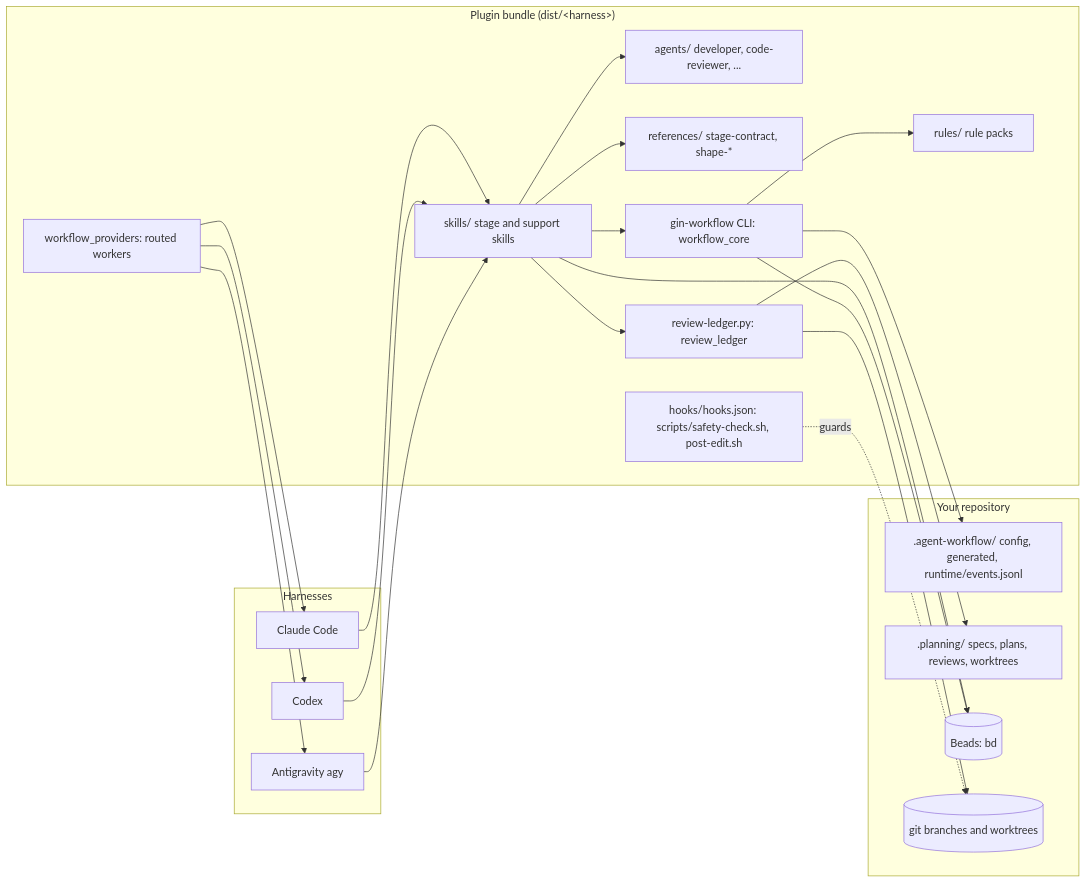
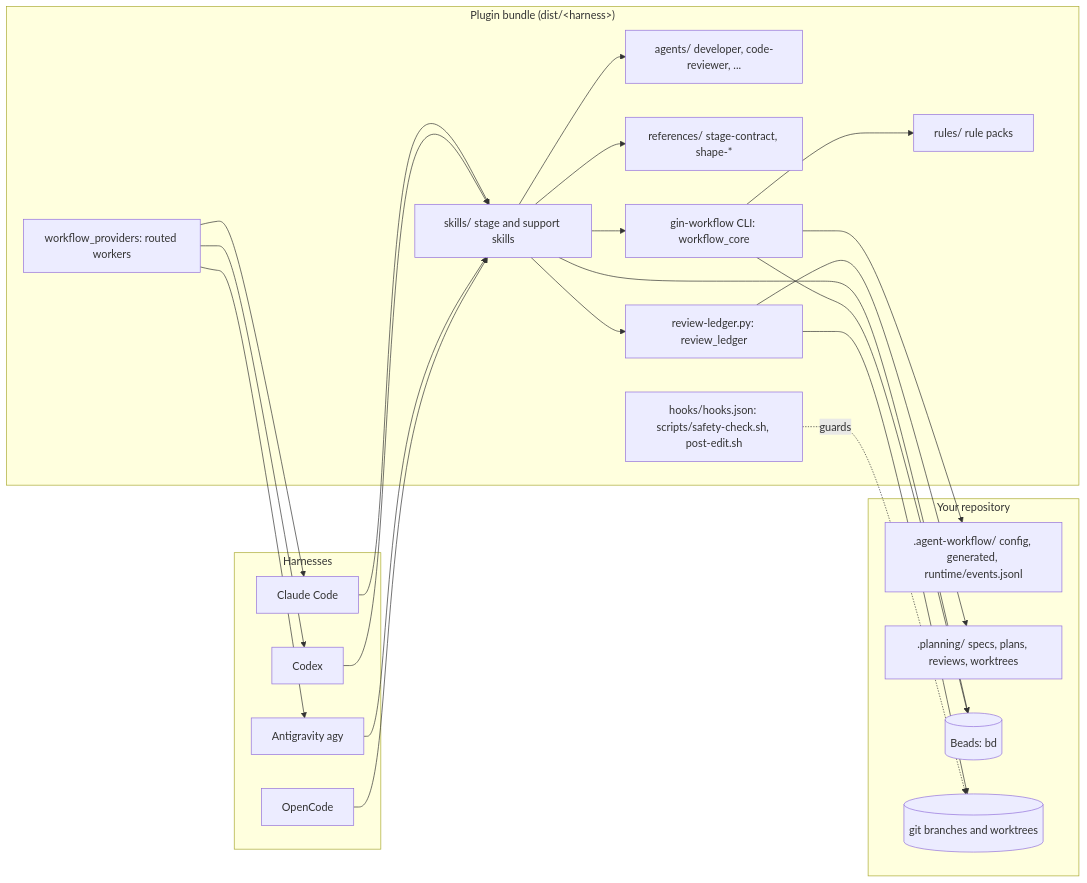
The first of 6 diagrams in docs/concepts/architecture.md (giangdhwhtbr/gin-workflow), drawn with Mermaid before and after one commit. The commit also changed other lines of this file and 13 other files, not shown here.

First line of the commit message:
feat(install): add OpenCode as a skill-install platform

````diff
--- a/docs/concepts/architecture.md
+++ b/docs/concepts/architecture.md
@@ -7,37 +7,38 @@
 ```mermaid
 flowchart LR
     subgraph Harnesses
         CC[Claude Code]
         CX[Codex]
         AG[Antigravity agy]
+        OC[OpenCode]
     end
     subgraph Bundle["Plugin bundle (dist/&lt;harness&gt;)"]
         SK[skills/ stage and support skills]
         AGT[agents/ developer, code-reviewer, ...]
         REF[references/ stage-contract, shape-*]
         RUL[rules/ rule packs]
         HK[hooks/hooks.json: scripts/safety-check.sh, post-edit.sh]
         CLI[gin-workflow CLI: workflow_core]
         RL[review-ledger.py: review_ledger]
         PRV[workflow_providers: routed workers]
     end
     subgraph Repo["Your repository"]
         CFG[.agent-workflow/ config, generated, runtime/events.jsonl]
         PLN[.planning/ specs, plans, reviews, worktrees]
         BD[(Beads: bd)]
         GIT[(git branches and worktrees)]
     end
-    CC & CX & AG --> SK
+    CC & CX & AG & OC --> SK
     SK --> AGT
     SK --> REF
     SK --> CLI
     SK --> RL
     SK --> BD
     CLI --> RUL
     CLI --> CFG
     CLI --> BD
     RL --> PLN
     RL --> GIT
     PRV --> CC & CX & AG
     HK -.guards.-> GIT
 ```
````
